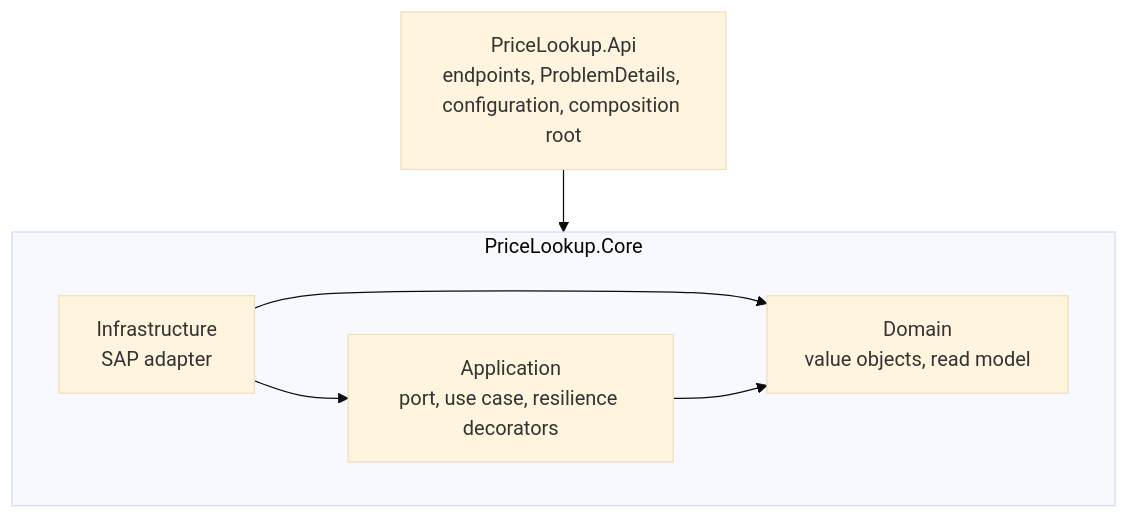
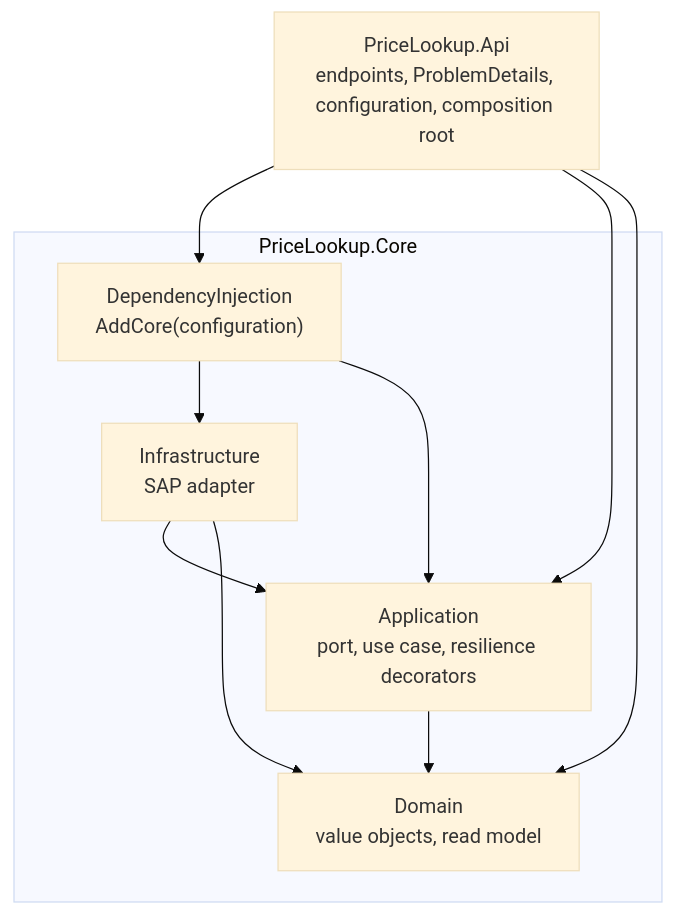
Before and after one commit to walentyk/price-lookup-service: the diagram in docs/ImplementationPlan/plan.md, drawn with Mermaid (base theme). The commit also changed other lines of this file and 3 other files, not shown here.

Commit message:
docs: add architecture with Mermaid diagrams

````diff
--- a/docs/ImplementationPlan/plan.md
+++ b/docs/ImplementationPlan/plan.md
@@ -112,15 +112,20 @@
 ```mermaid
 flowchart TB
     api["PriceLookup.Api<br/>endpoints, ProblemDetails, configuration, composition root"]
 
     subgraph core["PriceLookup.Core"]
+        di["DependencyInjection<br/>AddCore(configuration)"]
         infra["Infrastructure<br/>SAP adapter"]
         app["Application<br/>port, use case, resilience decorators"]
         domain["Domain<br/>value objects, read model"]
     end
 
-    api --> core
+    api --> di
+    api --> app
+    api --> domain
+    di --> infra
+    di --> app
     infra --> app
     infra --> domain
     app --> domain
 ```
````
